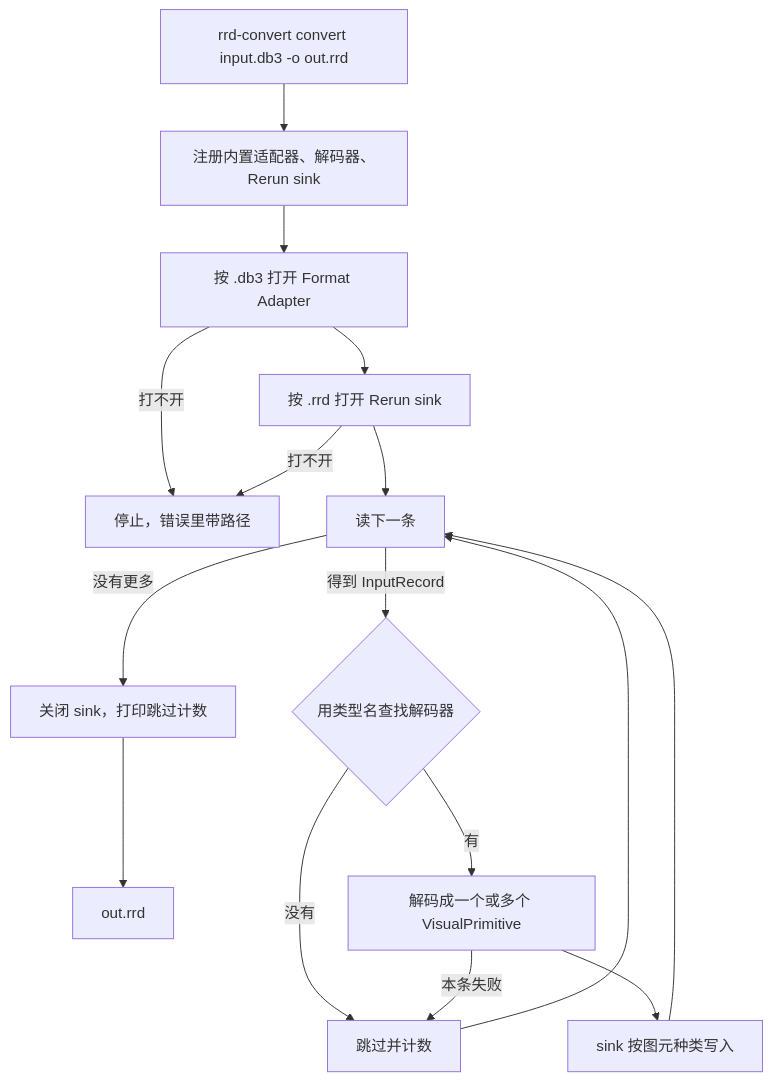
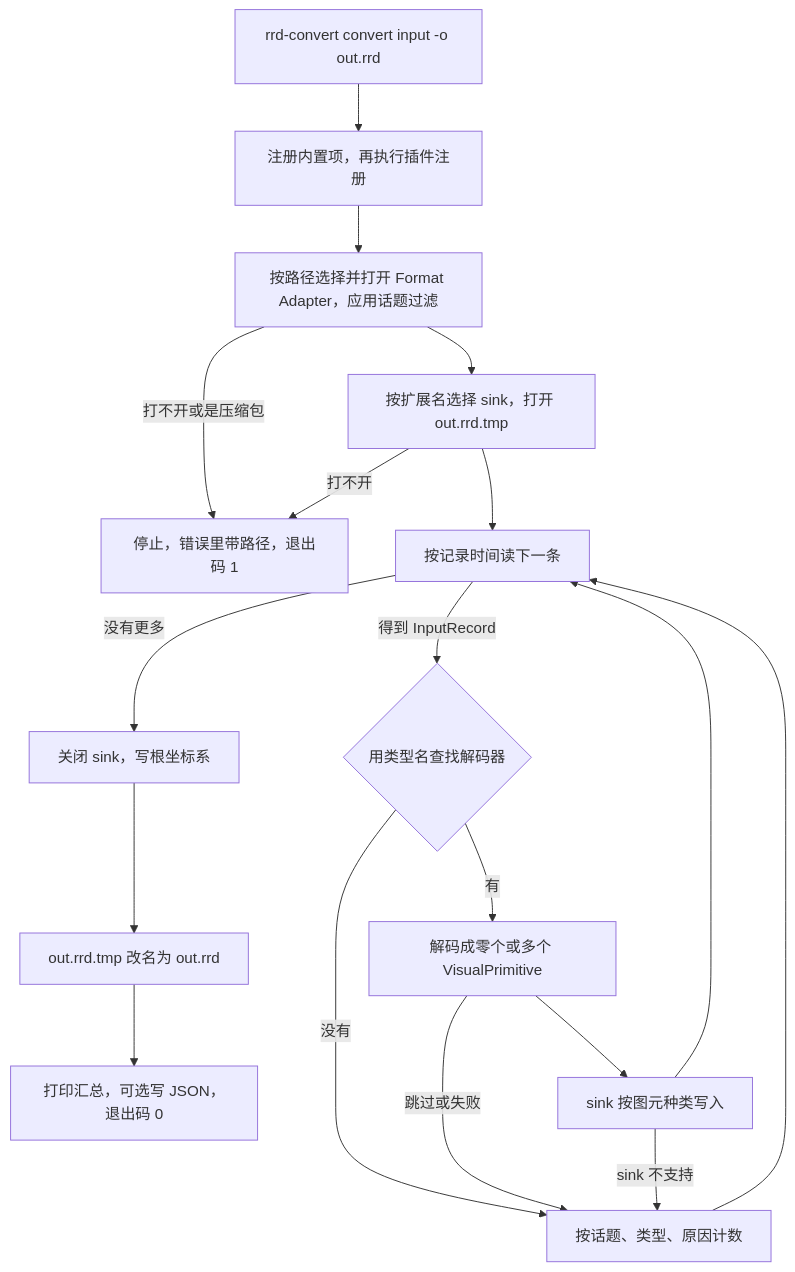
Before and after one commit to Rany010/rrd-convert: the diagram in doc/architecture.md, drawn with Mermaid. The commit also changed other lines of this file and 4 other files, not shown here.

````diff
--- a/doc/architecture.md
+++ b/doc/architecture.md
@@ -143,18 +289,20 @@
 ```mermaid
 flowchart TB
-  cmd["rrd-convert convert input.db3 -o out.rrd"] --> reg["注册内置适配器、解码器、Rerun sink"]
-  reg --> openBag["按 .db3 打开 Format Adapter"]
-  openBag -->|打不开| stop["停止，错误里带路径"]
-  openBag --> openSink["按 .rrd 打开 Rerun sink"]
+  cmd["rrd-convert convert input -o out.rrd"] --> reg["注册内置项，再执行插件注册"]
+  reg --> openBag["按路径选择并打开 Format Adapter，应用话题过滤"]
+  openBag -->|打不开或是压缩包| stop["停止，错误里带路径，退出码 1"]
+  openBag --> openSink["按扩展名选择 sink，打开 out.rrd.tmp"]
   openSink -->|打不开| stop
-  openSink --> read["读下一条"]
-  read -->|没有更多| close["关闭 sink，打印跳过计数"]
-  close --> done["out.rrd"]
+  openSink --> read["按记录时间读下一条"]
+  read -->|没有更多| close["关闭 sink，写根坐标系"]
+  close --> rename["out.rrd.tmp 改名为 out.rrd"]
+  rename --> summary["打印汇总，可选写 JSON，退出码 0"]
   read -->|得到 InputRecord| find{"用类型名查找解码器"}
-  find -->|没有| count["跳过并计数"]
+  find -->|没有| count["按话题、类型、原因计数"]
   count --> read
-  find -->|有| decode["解码成一个或多个 VisualPrimitive"]
-  decode -->|本条失败| count
+  find -->|有| decode["解码成零个或多个 VisualPrimitive"]
+  decode -->|跳过或失败| count
   decode --> write["sink 按图元种类写入"]
+  write -->|sink 不支持| count
   write --> read
 ```
````
